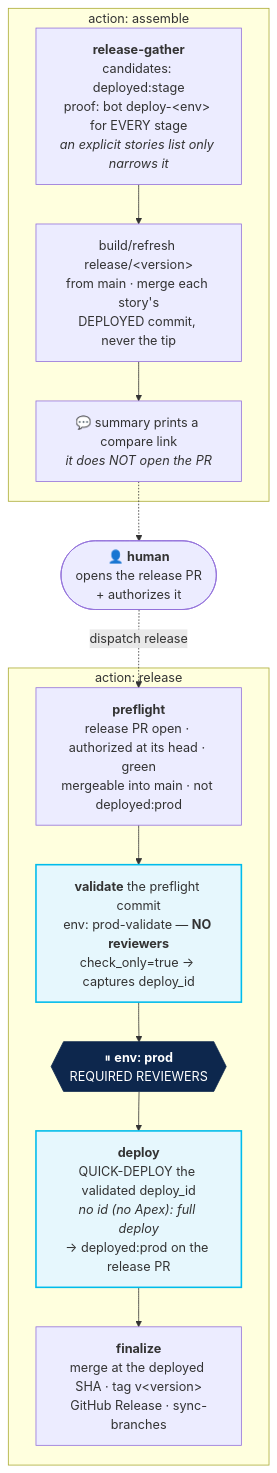
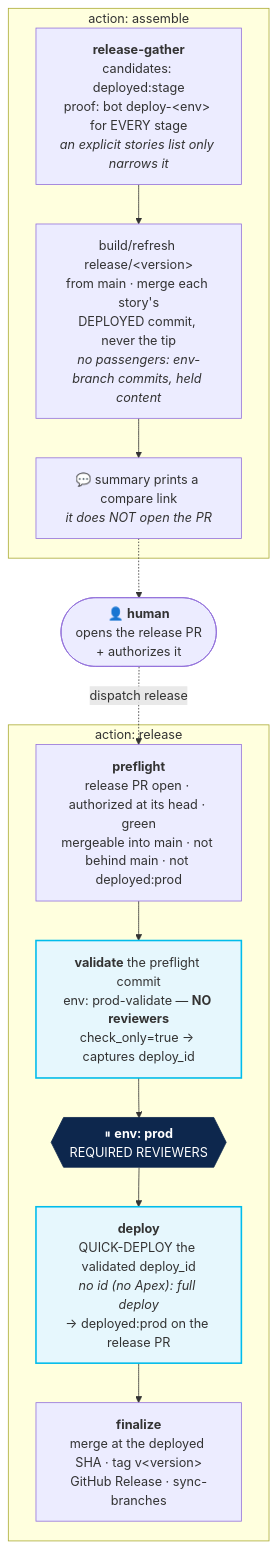
Before and after one commit to muraliseelam/sfdx-pipeline-actions: the ninth of 10 diagrams in docs/Product_Documentation.md, drawn with Mermaid. The commit also changed other lines of this file and 4 other files, not shown here.

First line of the commit message:
Docs: release integrity, three-dot prod delta, and WS1's deploy-engine changes

````diff
--- a/docs/Product_Documentation.md
+++ b/docs/Product_Documentation.md
@@ -807,25 +809,25 @@
 ```mermaid
 flowchart TD
     subgraph AS["action: assemble"]
         A1["<b>release-gather</b><br/>candidates: deployed:stage<br/>proof: bot deploy-&lt;env&gt; for EVERY stage<br/><i>an explicit stories list only narrows it</i>"]
-        A2["build/refresh release/&lt;version&gt;<br/>from main · merge each story's<br/>DEPLOYED commit, never the tip"]
+        A2["build/refresh release/&lt;version&gt;<br/>from main · merge each story's<br/>DEPLOYED commit, never the tip<br/><i>no passengers: env-branch commits, held content</i>"]
         A3["💬 summary prints a compare link<br/><i>it does NOT open the PR</i>"]
         A1 --> A2 --> A3
     end
 
     subgraph RL["action: release"]
-        R1["<b>preflight</b><br/>release PR open · authorized at its head · green<br/>mergeable into main · not deployed:prod"]
+        R1["<b>preflight</b><br/>release PR open · authorized at its head · green<br/>mergeable into main · not behind main · not deployed:prod"]
         R2["<b>validate</b> the preflight commit<br/>env: prod-validate — <b>NO reviewers</b><br/>check_only=true → captures deploy_id"]
         R3{{"⏸ <b>env: prod</b><br/>REQUIRED REVIEWERS"}}
         R4["<b>deploy</b><br/>QUICK-DEPLOY the validated deploy_id<br/><i>no id (no Apex): full deploy</i><br/>→ deployed:prod on the release PR"]
         R5["<b>finalize</b><br/>merge at the deployed SHA · tag v&lt;version&gt;<br/>GitHub Release · sync-branches"]
         R1 --> R2 --> R3 --> R4 --> R5
     end
 
     HU(["👤 <b>human</b><br/>opens the release PR<br/>+ authorizes it"])
     A3 -.-> HU -.->|"dispatch release"| R1
 
     style R3 fill:#0D274D,stroke:#0D274D,color:#fff
     style R2 fill:#E6F7FD,stroke:#00BCEB,stroke-width:2px
     style R4 fill:#E6F7FD,stroke:#00BCEB,stroke-width:2px
 ```
````
